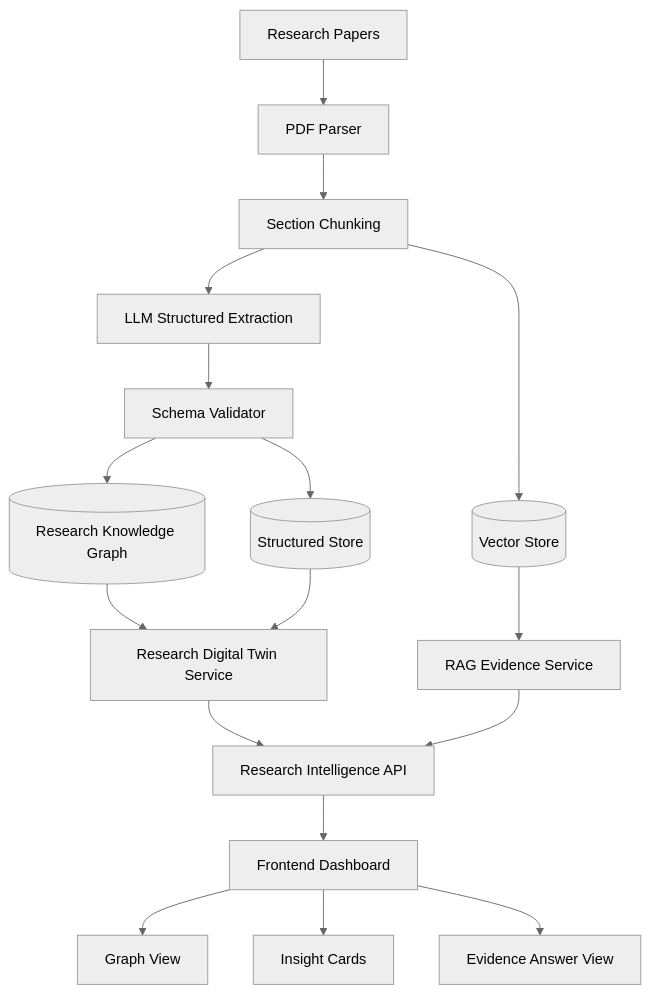
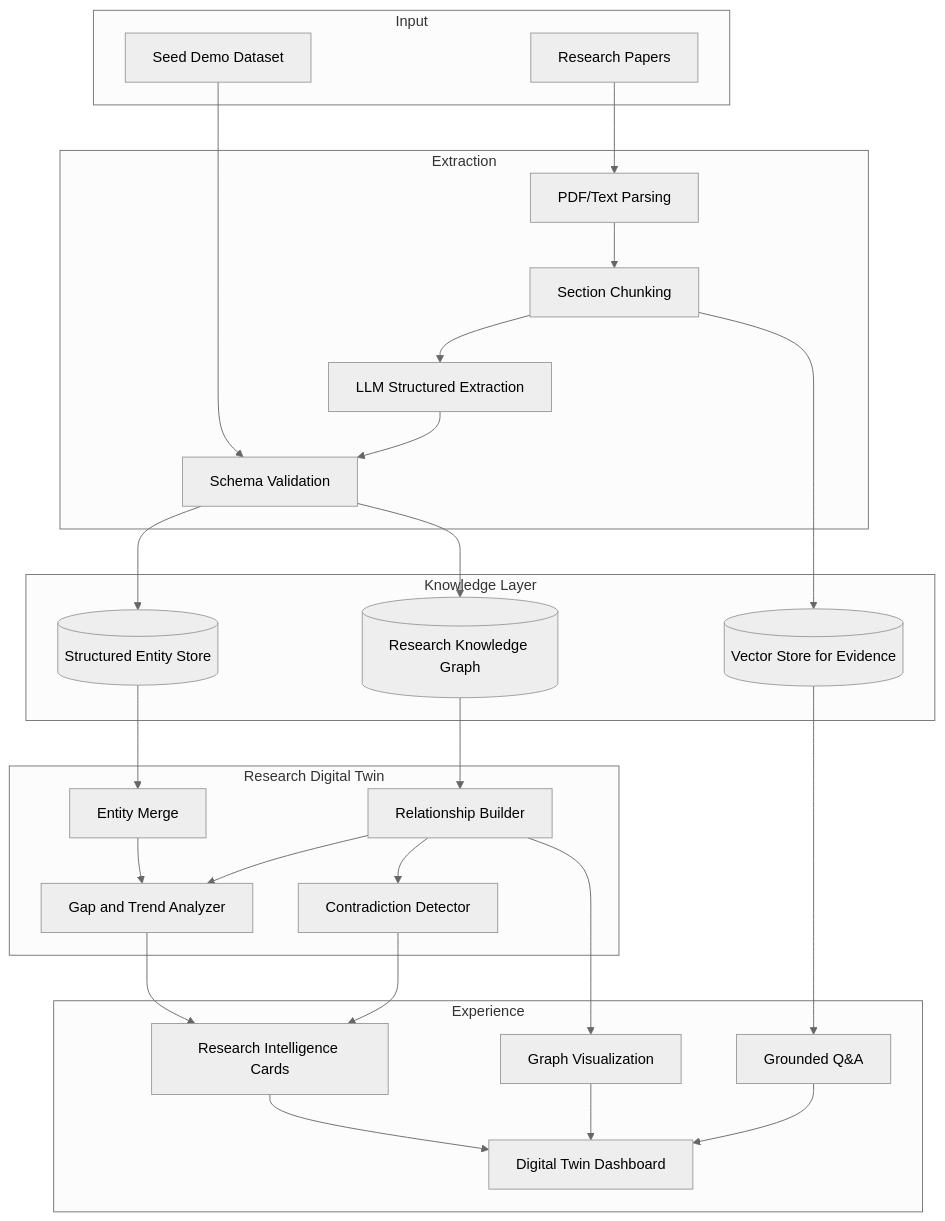
One commit to farahalmujaljel/Burhan changed the second of 5 diagrams in docs/FARQ_EXECUTION_PROPOSAL.md. Above: the diagram before and after it, drawn with Mermaid (neutral theme). The commit also changed other lines of this file, not shown here.

````diff
--- a/docs/FARQ_EXECUTION_PROPOSAL.md
+++ b/docs/FARQ_EXECUTION_PROPOSAL.md
@@ -394,19 +280,53 @@
 ```mermaid
 flowchart TB
-    A[Research Papers] --> B[PDF Parser]
-    B --> C[Section Chunking]
-    C --> D[LLM Structured Extraction]
-    D --> E[Schema Validator]
-    E --> F[(Structured Store)]
-    E --> G[(Research Knowledge Graph)]
-    C --> H[(Vector Store)]
-    G --> I[Research Digital Twin Service]
-    H --> J[RAG Evidence Service]
+    subgraph Input
+        A[Research Papers]
+        A2[Seed Demo Dataset]
+    end
+
+    subgraph Extraction
+        B[PDF/Text Parsing]
+        C[Section Chunking]
+        D[LLM Structured Extraction]
+        E[Schema Validation]
+    end
+
+    subgraph KnowledgeLayer[Knowledge Layer]
+        F[(Structured Entity Store)]
+        G[(Research Knowledge Graph)]
+        H[(Vector Store for Evidence)]
+    end
+
+    subgraph Twin[Research Digital Twin]
+        I[Entity Merge]
+        J[Relationship Builder]
+        K[Gap and Trend Analyzer]
+        L[Contradiction Detector]
+    end
+
+    subgraph Experience
+        M[Digital Twin Dashboard]
+        N[Graph Visualization]
+        O[Research Intelligence Cards]
+        P[Grounded Q&A]
+    end
+
+    A --> B
+    A2 --> E
+    B --> C --> D --> E
+    E --> F
+    E --> G
+    C --> H
     F --> I
-    I --> K[Research Intelligence API]
+    G --> J
+    H --> P
+    I --> K
     J --> K
-    K --> L[Frontend Dashboard]
-    L --> M[Graph View]
-    L --> N[Insight Cards]
-    L --> O[Evidence Answer View]
+    J --> L
+    K --> O
+    L --> O
+    J --> N
+    O --> M
+    N --> M
+    P --> M
 ```
````
